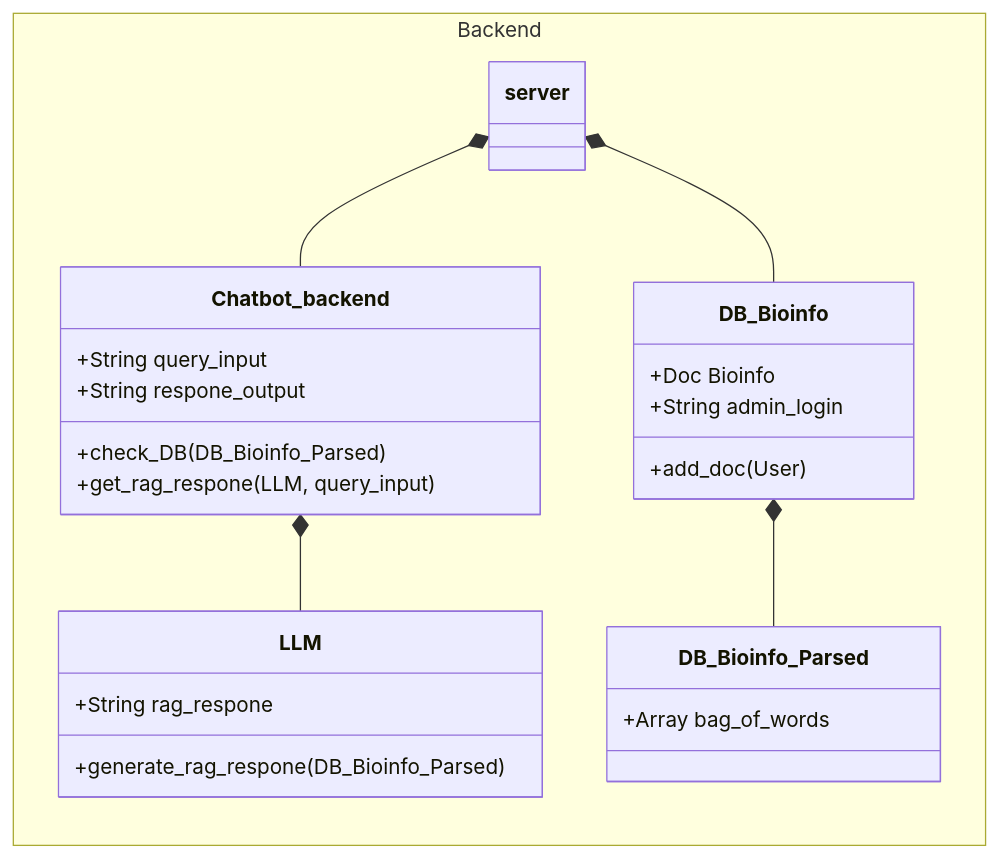
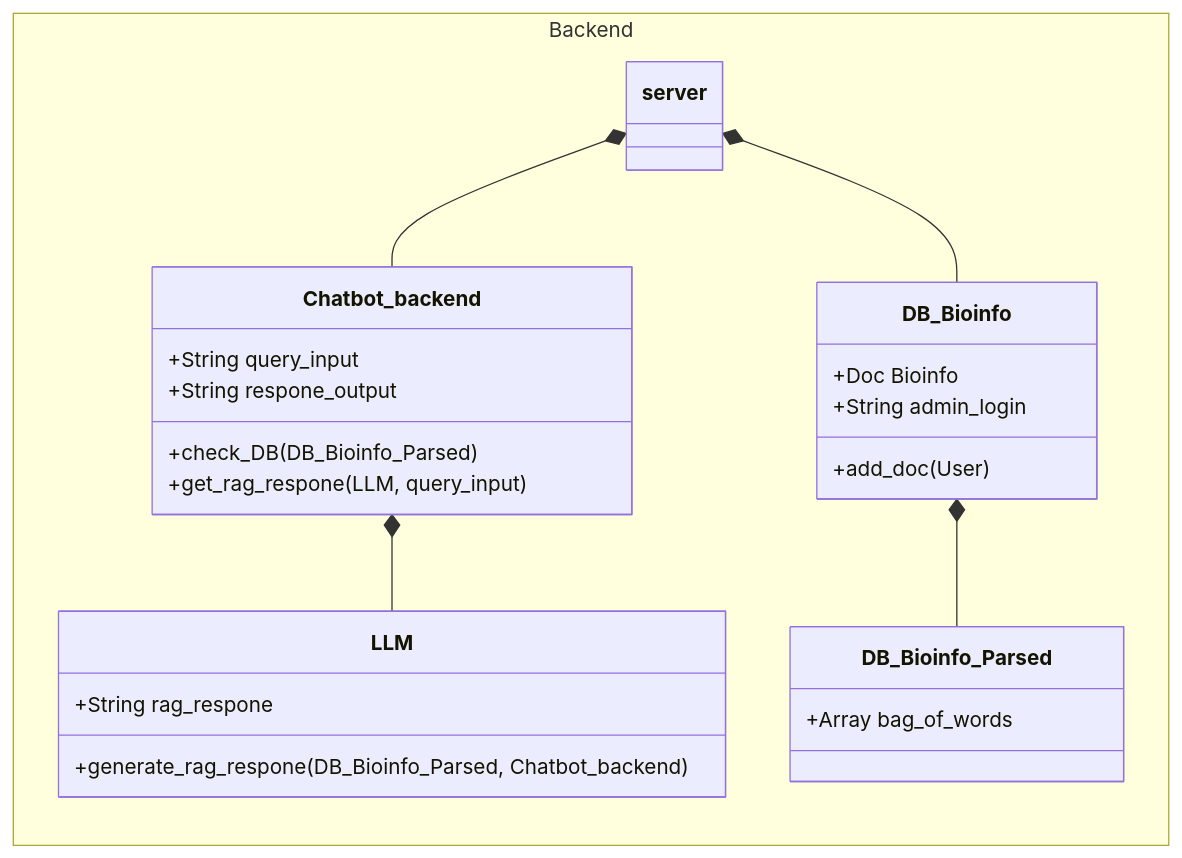
Before and after one commit to Capstone-Projects-2025-Spring/project-003-bioinformatics-chatbot: the third of 3 diagrams in documentation/docs/system-architecture/Class_Diagram.md, drawn with Mermaid. The commit also changed other lines of this file, not shown here.

First line of the commit message:
Update Class_Diagram.md

````diff
--- a/documentation/docs/system-architecture/Class_Diagram.md
+++ b/documentation/docs/system-architecture/Class_Diagram.md
@@ -149,35 +160,35 @@
 ```mermaid
 classDiagram
 direction BT
 	namespace Backend {
         class server {
         }
 
         class Chatbot_backend {
 	        +String query_input
 	        +String respone_output
 	        +check_DB(DB_Bioinfo_Parsed)
             +get_rag_respone(LLM, query_input)
         }
 
         class DB_Bioinfo{
 	        +Doc Bioinfo
 	        +String admin_login
 	        +add_doc(User)
         }
 
         class DB_Bioinfo_Parsed{
             +Array bag_of_words
         }
 
         class LLM {
 	        +String rag_respone
-	        +generate_rag_respone(DB_Bioinfo_Parsed)
+	        +generate_rag_respone(DB_Bioinfo_Parsed, Chatbot_backend)
         }
 
 	}
     server *-- Chatbot_backend
     server *-- DB_Bioinfo
     Chatbot_backend *-- LLM
     DB_Bioinfo *-- DB_Bioinfo_Parsed
 ```
````
